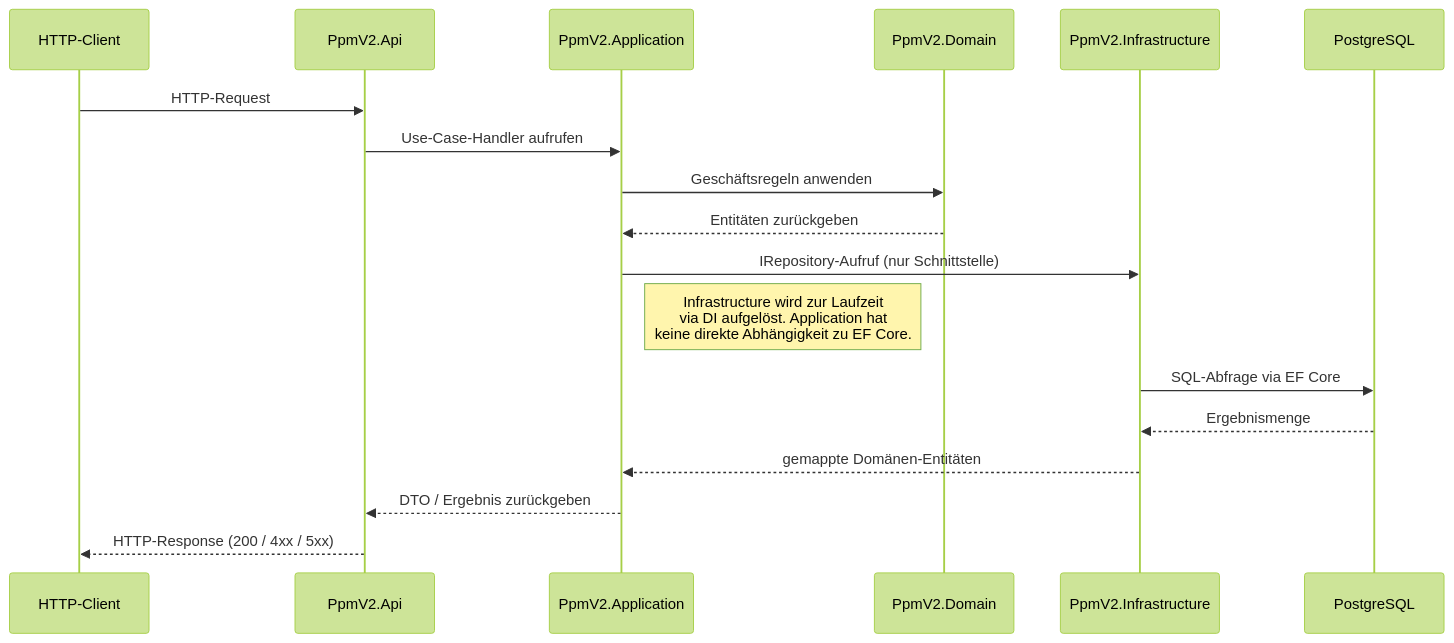
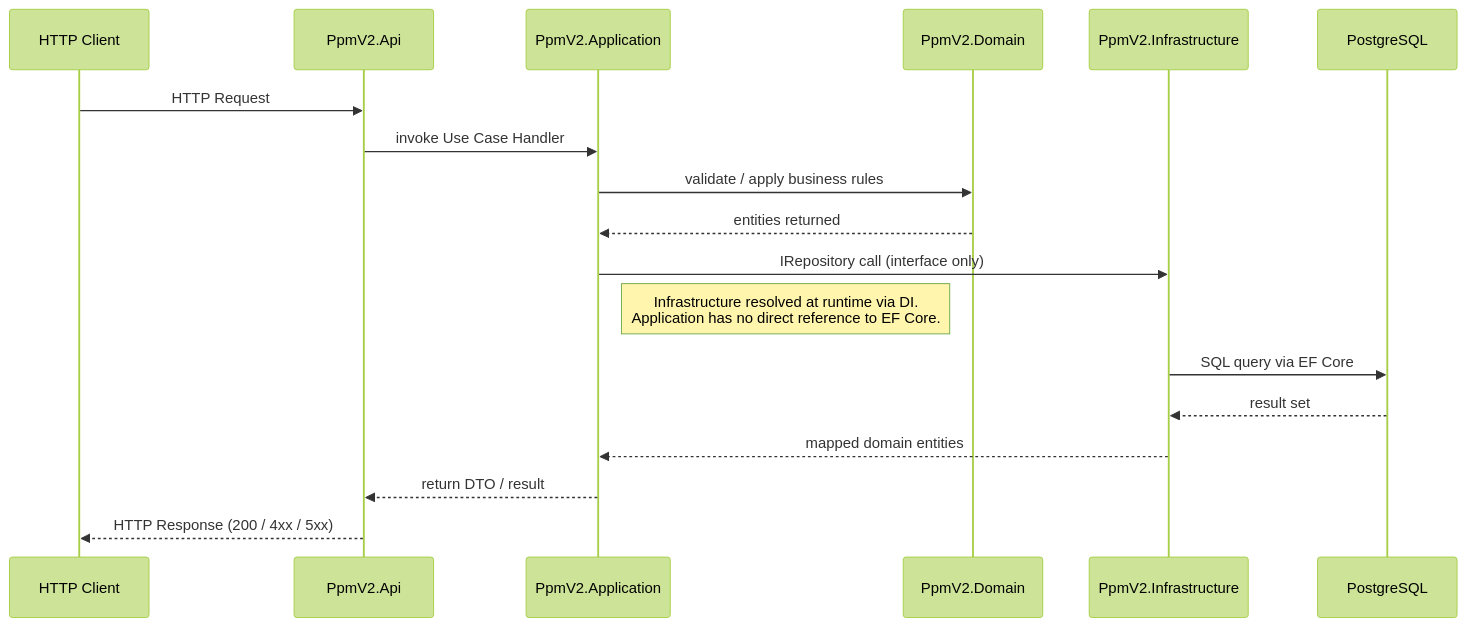
The second of 2 diagrams in README.md (djzh23/PpmV2), drawn with Mermaid (forest theme) before and after one commit. The commit also changed other lines of this file and 5 other files, not shown here.

````diff
--- a/README.md
+++ b/README.md
@@ -60,21 +57,22 @@
 ```mermaid
 sequenceDiagram
-    participant C  as HTTP-Client
+    participant C  as HTTP Client
     participant A  as PpmV2.Api
     participant AP as PpmV2.Application
     participant D  as PpmV2.Domain
     participant I  as PpmV2.Infrastructure
     participant DB as PostgreSQL
 
-    C  ->> A  : HTTP-Request
-    A  ->> AP : Use-Case-Handler aufrufen
-    AP ->> D  : Geschäftsregeln anwenden
-    D  -->> AP: Entitäten zurückgeben
-    AP ->> I  : IRepository-Aufruf (nur Schnittstelle)
-    Note right of AP: Infrastructure wird zur Laufzeit<br/>via DI aufgelöst. Application hat<br/>keine direkte Abhängigkeit zu EF Core.
-    I  ->> DB : SQL-Abfrage via EF Core
-    DB -->> I  : Ergebnismenge
-    I  -->> AP : gemappte Domänen-Entitäten
-    AP -->> A  : DTO / Ergebnis zurückgeben
-    A  -->> C  : HTTP-Response (200 / 4xx / 5xx)
+    C  ->> A  : HTTP Request
+    A  ->> AP : invoke Use Case Handler
+    AP ->> D  : validate / apply business rules
+    D  -->> AP: entities returned
+    AP ->> I  : IRepository call (interface only)
+    Note right of AP: Infrastructure resolved at runtime via DI.<br/>Application has no direct reference to EF Core.
+    I  ->> DB : SQL query via EF Core
+    DB -->> I  : result set
+    I  -->> AP : mapped domain entities
+    AP -->> A  : return DTO / result
+    A  -->> C  : HTTP Response (200 / 4xx / 5xx)
+
 ```
````
